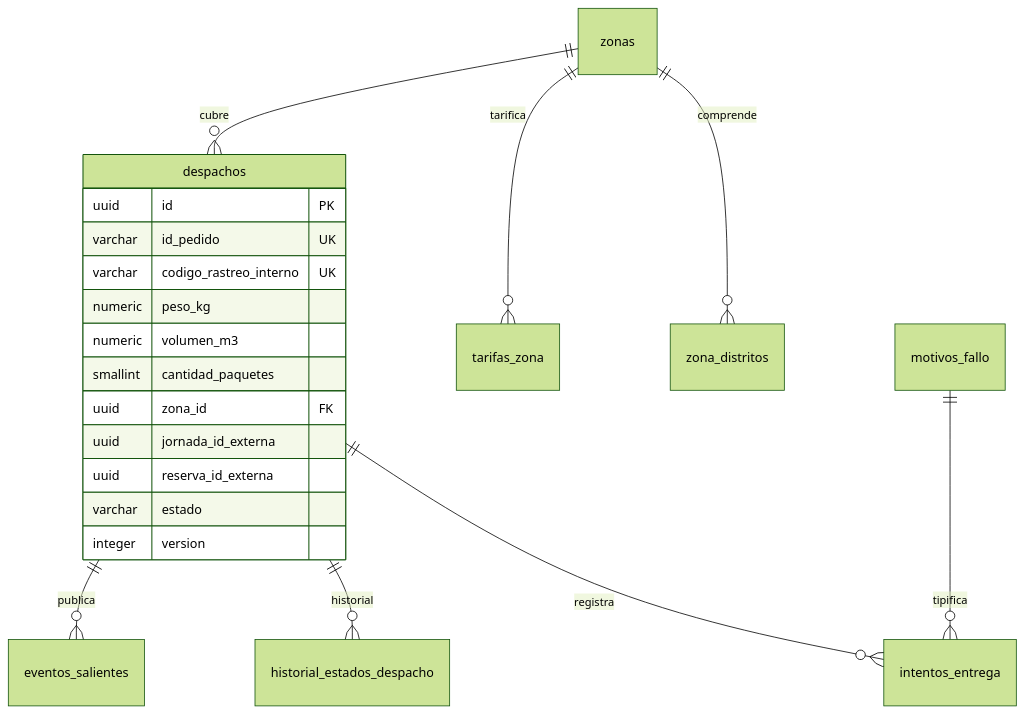
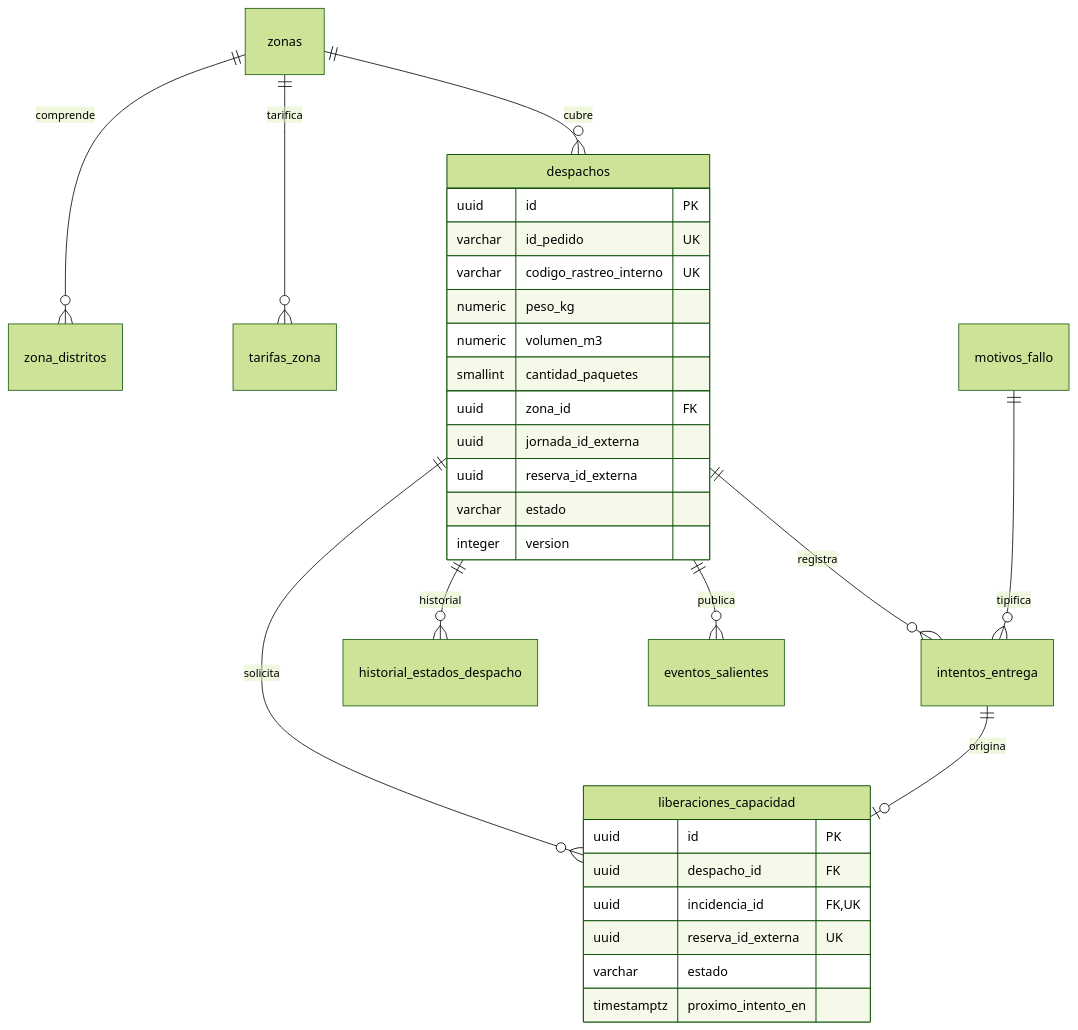
The first of 2 diagrams in arquitectura/modelo-datos.md (Taller-SW-Web/G2-Despacho-Specs), drawn with Mermaid (forest theme) before and after one commit. The commit also changed other lines of this file and 24 other files, not shown here.

````diff
--- a/arquitectura/modelo-datos.md
+++ b/arquitectura/modelo-datos.md
@@ -43,24 +43,35 @@
 ```mermaid
 erDiagram
     zonas ||--o{ zona_distritos : comprende
     zonas ||--o{ tarifas_zona : tarifica
     zonas ||--o{ despachos : cubre
     despachos ||--o{ intentos_entrega : registra
     motivos_fallo ||--o{ intentos_entrega : tipifica
     despachos ||--o{ historial_estados_despacho : historial
     despachos ||--o{ eventos_salientes : publica
+    despachos ||--o{ liberaciones_capacidad : solicita
+    intentos_entrega ||--o| liberaciones_capacidad : origina
+
+    liberaciones_capacidad {
+        uuid id PK
+        uuid despacho_id FK
+        uuid incidencia_id FK, UK
+        uuid reserva_id_externa UK
+        varchar estado
+        timestamptz proximo_intento_en
+    }
 
     despachos {
         uuid id PK
         varchar id_pedido UK
         varchar codigo_rastreo_interno UK
         numeric peso_kg
         numeric volumen_m3
         smallint cantidad_paquetes
         uuid zona_id FK
         uuid jornada_id_externa
         uuid reserva_id_externa
         varchar estado
         integer version
     }
 ```
````
